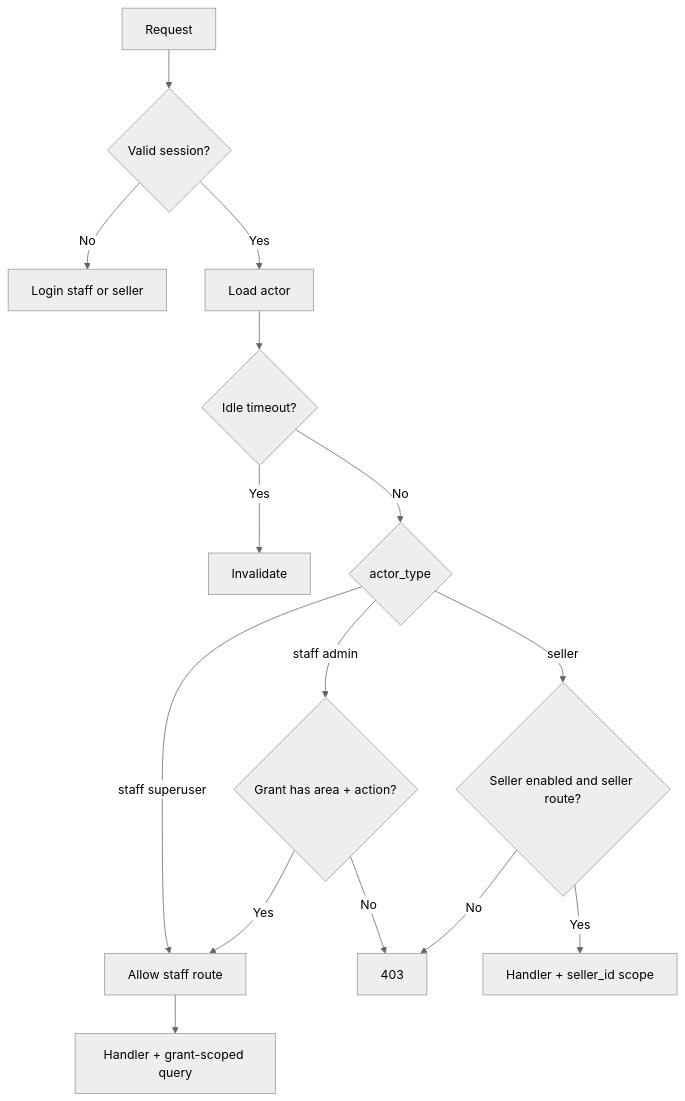
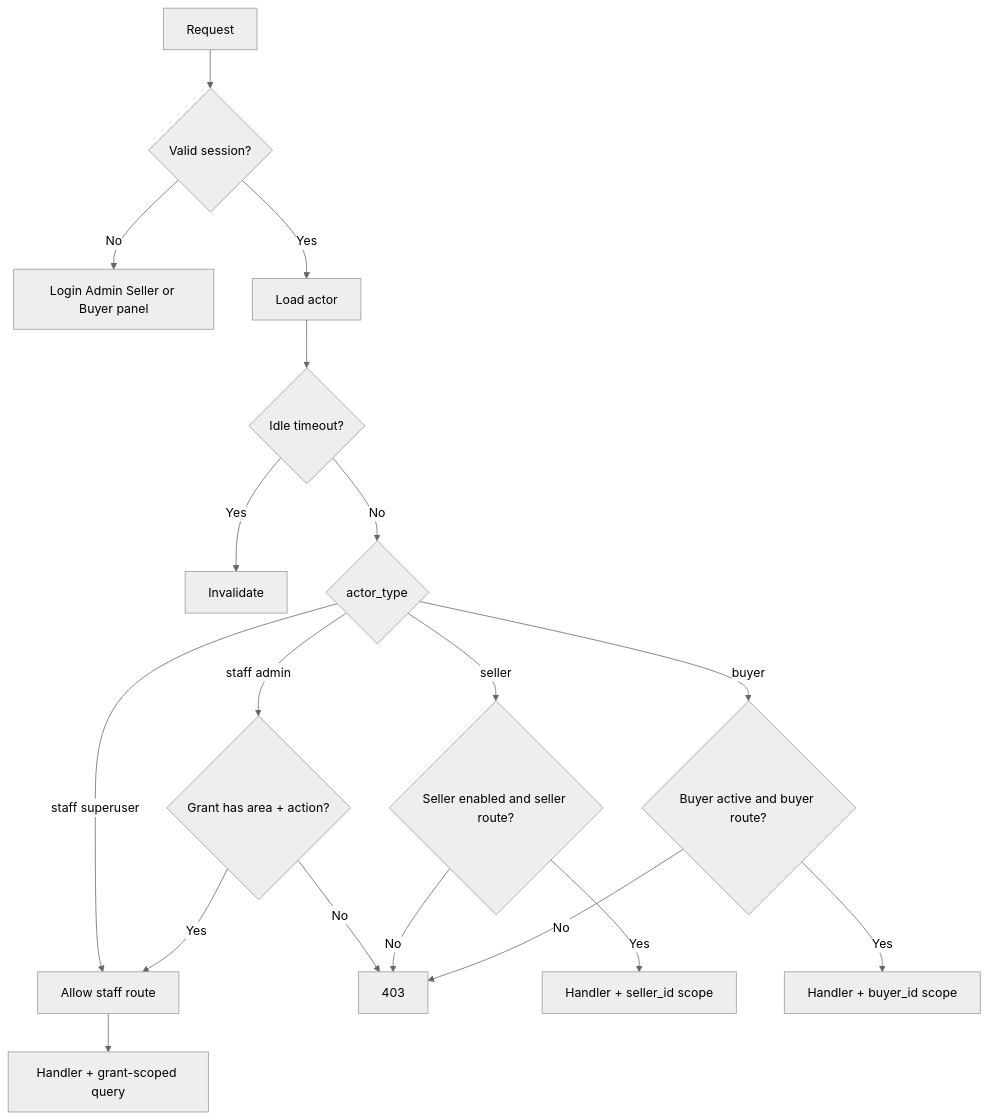
One commit to nafasebra/order-manager-docs changed the third of 4 diagrams in system-design.md. Above: the diagram before and after it, drawn with Mermaid (neutral theme). The commit also changed other lines of this file and 8 other files, not shown here.

````diff
--- a/system-design.md
+++ b/system-design.md
@@ -125,17 +145,20 @@
 ```mermaid
 flowchart TD
   R[Request] --> S{Valid session?}
-  S -->|No| L[Login staff or seller]
+  S -->|No| L[Login Admin Seller or Buyer panel]
   S -->|Yes| I[Load actor]
   I --> T{Idle timeout?}
   T -->|Yes| X[Invalidate]
   T -->|No| Y{actor_type}
   Y -->|staff superuser| A[Allow staff route]
   Y -->|staff admin| G{Grant has area + action?}
   G -->|No| F[403]
   G -->|Yes| A
   Y -->|seller| E{Seller enabled and seller route?}
   E -->|No| F
   E -->|Yes| H[Handler + seller_id scope]
+  Y -->|buyer| B{Buyer active and buyer route?}
+  B -->|No| F
+  B -->|Yes| HB[Handler + buyer_id scope]
   A --> HS[Handler + grant-scoped query]
 ```
````
